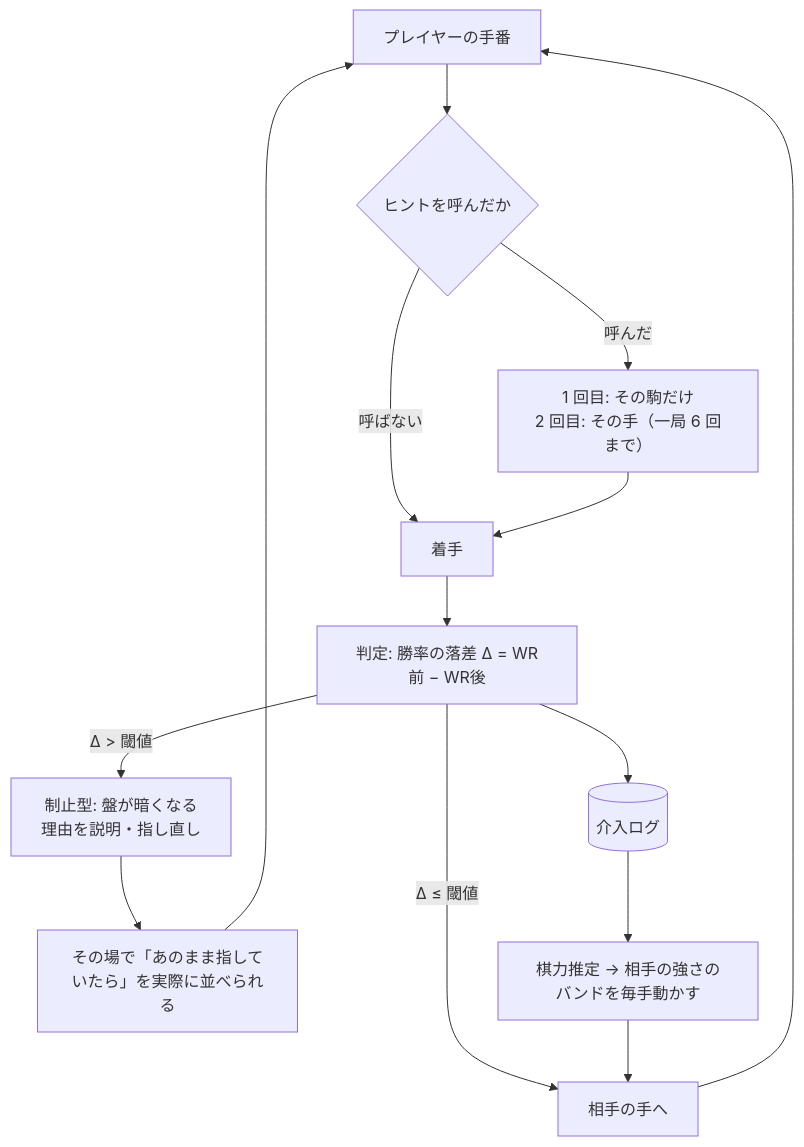
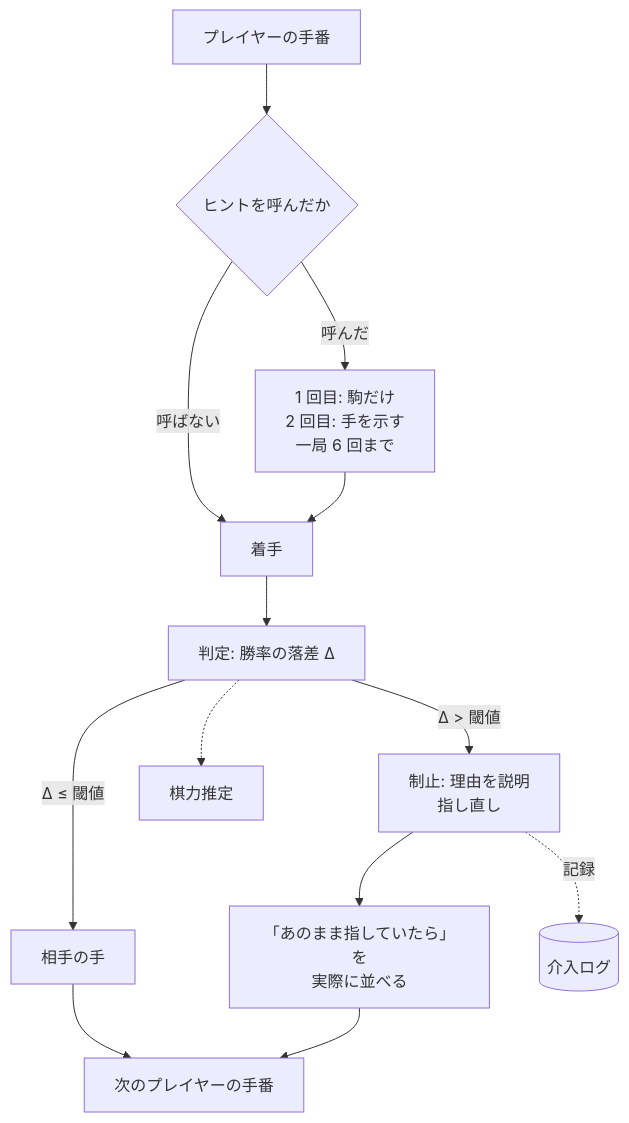
Before and after one commit to jovid18/show-gi: the first of 2 diagrams in README.md, drawn with Mermaid. The commit also changed other lines of this file and 1 other file, not shown here.

````diff
--- a/README.md
+++ b/README.md
@@ -75,16 +62,15 @@
 ```mermaid
 flowchart TD
     A[プレイヤーの手番] --> B{ヒントを呼んだか}
-    B -- 呼んだ --> C["1 回目: その駒だけ<br/>2 回目: その手（一局 6 回まで）"]
+    B -- 呼んだ --> C["1 回目: 駒だけ<br/>2 回目: 手を示す<br/>一局 6 回まで"]
     B -- 呼ばない --> D[着手]
     C --> D
-    D --> E["判定: 勝率の落差 Δ = WR前 − WR後"]
-    E -- "Δ ≤ 閾値" --> F[相手の手へ]
-    E -- "Δ > 閾値" --> G["制止型: 盤が暗くなる<br/>理由を説明・指し直し"]
-    G --> H["その場で「あのまま指していたら」を実際に並べられる"]
-    H --> A
-    F --> A
-    E --> I[(介入ログ)]
-    I --> J["棋力推定 → 相手の強さのバンドを毎手動かす"]
-    J --> F
+    D --> E["判定: 勝率の落差 Δ"]
+    E -- "Δ ≤ 閾値" --> F[相手の手]
+    F --> K[次のプレイヤーの手番]
+    E -- "Δ > 閾値" --> G["制止: 理由を説明<br/>指し直し"]
+    G --> H["「あのまま指していたら」を<br/>実際に並べる"]
+    H --> K
+    G -. "記録" .-> I[(介入ログ)]
+    E -.-> J[棋力推定]
 ```
````
